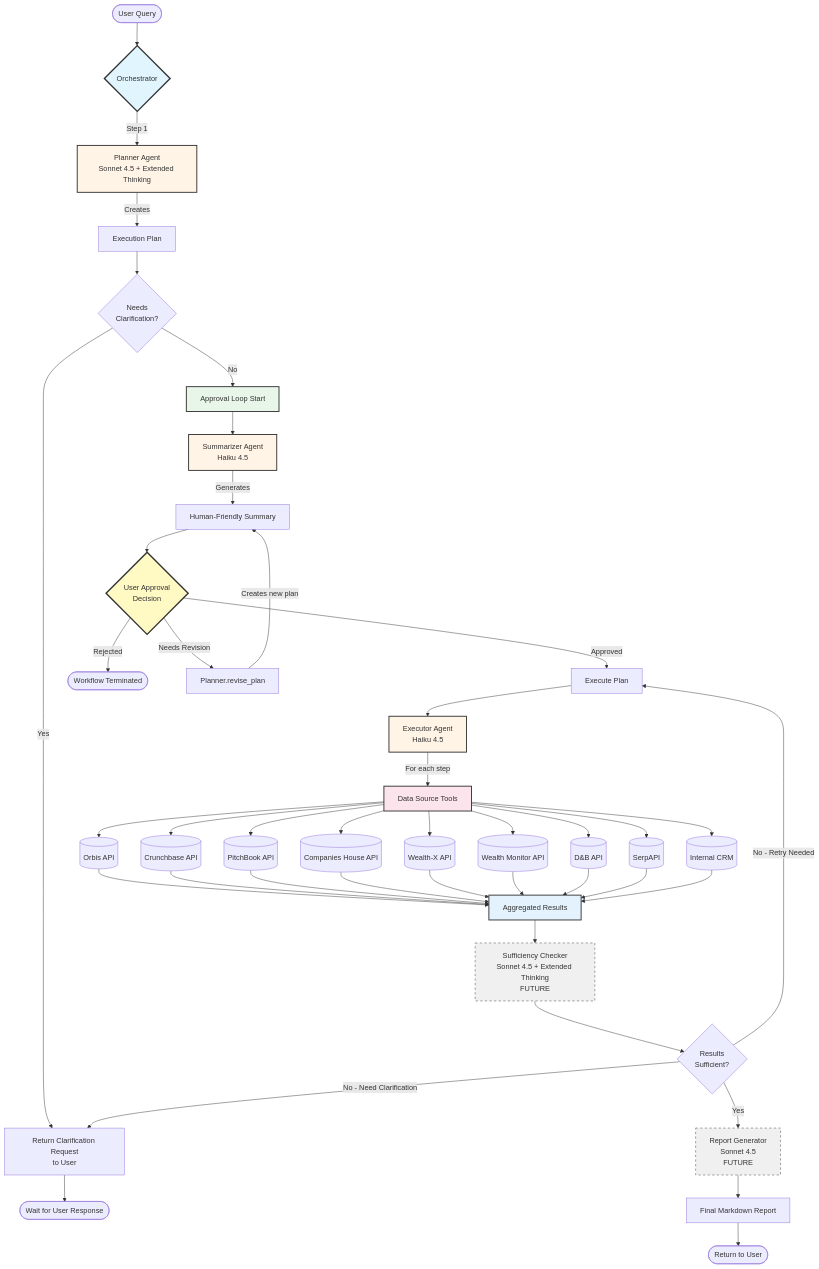
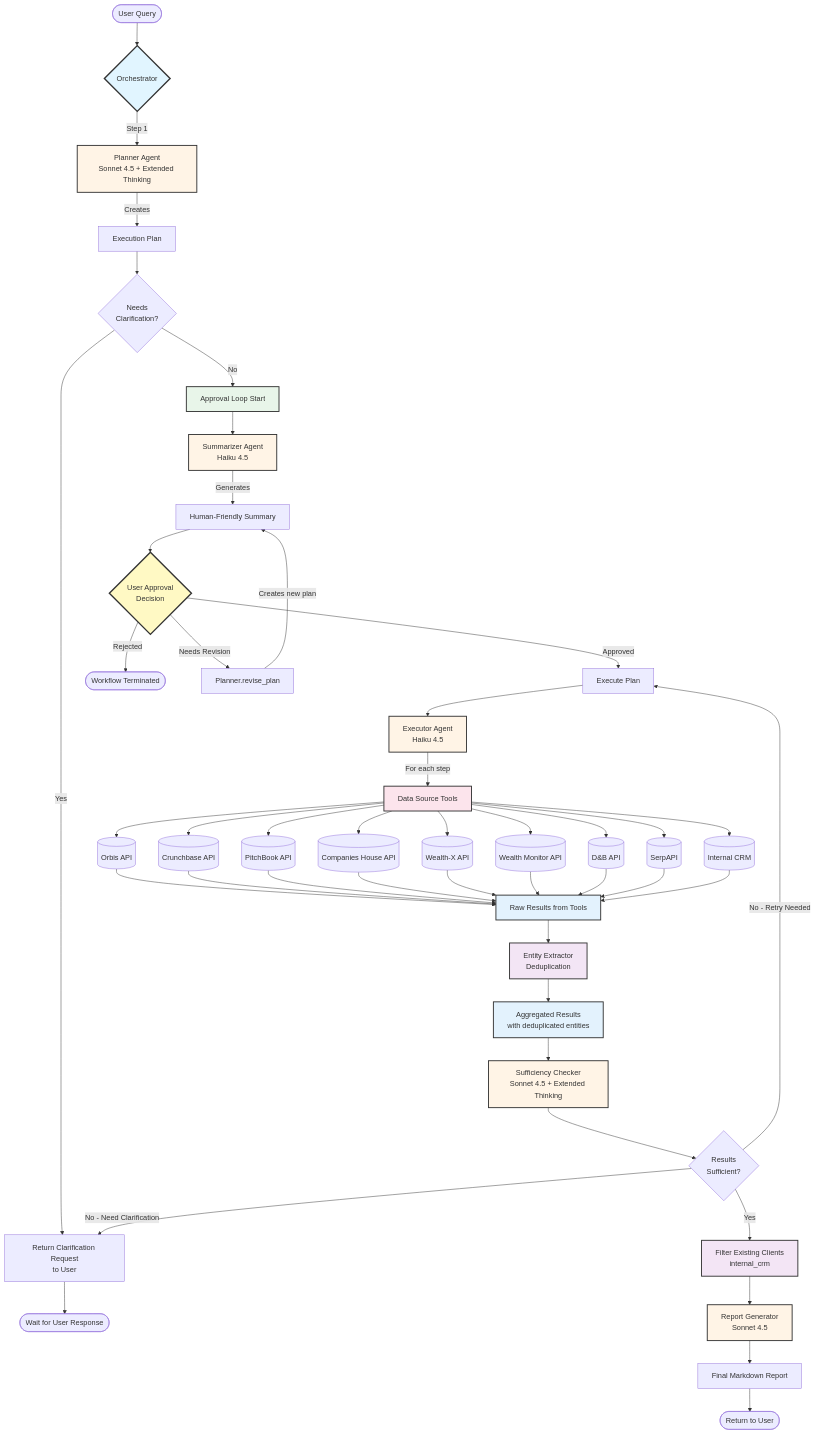
One commit to charliedouglas/strands-prospecting changed the first of 3 diagrams in ARCHITECTURE_FLOW.md. Above: the diagram before and after it, drawn with Mermaid. The commit also changed other lines of this file and 3 other files, not shown here.

````diff
--- a/ARCHITECTURE_FLOW.md
+++ b/ARCHITECTURE_FLOW.md
@@ -5,73 +5,82 @@
 ```mermaid
 flowchart TD
     Start([User Query]) --> Orchestrator{Orchestrator}
 
     Orchestrator --> |Step 1| Planner[Planner Agent<br/>Sonnet 4.5 + Extended Thinking]
 
     Planner --> |Creates| Plan[Execution Plan]
 
     Plan --> Clarify{Needs<br/>Clarification?}
 
     Clarify -->|Yes| ClarifyReturn[Return Clarification Request<br/>to User]
     ClarifyReturn --> End1([Wait for User Response])
 
     Clarify -->|No| ApprovalLoop[Approval Loop Start]
 
     ApprovalLoop --> Summarizer[Summarizer Agent<br/>Haiku 4.5]
 
     Summarizer --> |Generates| Summary[Human-Friendly Summary]
 
     Summary --> UserApproval{User Approval<br/>Decision}
 
     UserApproval -->|Approved| Execute[Execute Plan]
     UserApproval -->|Rejected| End2([Workflow Terminated])
     UserApproval -->|Needs Revision| Revise[Planner.revise_plan]
 
     Revise --> |Creates new plan| Summary
 
     Execute --> Executor[Executor Agent<br/>Haiku 4.5]
 
     Executor --> |For each step| Tools[Data Source Tools]
 
     Tools --> Orbis[(Orbis API)]
     Tools --> Crunchbase[(Crunchbase API)]
     Tools --> PitchBook[(PitchBook API)]
     Tools --> CompaniesHouse[(Companies House API)]
     Tools --> WealthX[(Wealth-X API)]
     Tools --> WealthMonitor[(Wealth Monitor API)]
     Tools --> DNB[(D&B API)]
     Tools --> SerpAPI[(SerpAPI)]
     Tools --> CRM[(Internal CRM)]
 
-    Orbis --> Results[Aggregated Results]
+    Orbis --> Results[Raw Results from Tools]
     Crunchbase --> Results
     PitchBook --> Results
     CompaniesHouse --> Results
     WealthX --> Results
     WealthMonitor --> Results
     DNB --> Results
     SerpAPI --> Results
     CRM --> Results
 
-    Results --> Future1[Sufficiency Checker<br/>Sonnet 4.5 + Extended Thinking<br/>FUTURE]
+    Results --> Extractor[Entity Extractor<br/>Deduplication]
 
-    Future1 --> Check{Results<br/>Sufficient?}
+    Extractor --> AggregatedResults[Aggregated Results<br/>with deduplicated entities]
 
-    Check -->|Yes| Reporter[Report Generator<br/>Sonnet 4.5<br/>FUTURE]
+    AggregatedResults --> Sufficiency[Sufficiency Checker<br/>Sonnet 4.5 + Extended Thinking]
+
+    Sufficiency --> Check{Results<br/>Sufficient?}
+
+    Check -->|Yes| Filter[Filter Existing Clients<br/>internal_crm]
     Check -->|No - Need Clarification| ClarifyReturn
     Check -->|No - Retry Needed| Execute
+
+    Filter --> Reporter[Report Generator<br/>Sonnet 4.5]
 
     Reporter --> FinalReport[Final Markdown Report]
     FinalReport --> End3([Return to User])
 
     style Orchestrator fill:#e1f5ff,stroke:#333,stroke-width:3px
     style Planner fill:#fff4e6,stroke:#333,stroke-width:2px
     style Summarizer fill:#fff4e6,stroke:#333,stroke-width:2px
     style Executor fill:#fff4e6,stroke:#333,stroke-width:2px
-    style Future1 fill:#f0f0f0,stroke:#999,stroke-width:2px,stroke-dasharray: 5 5
-    style Reporter fill:#f0f0f0,stroke:#999,stroke-width:2px,stroke-dasharray: 5 5
+    style Extractor fill:#f3e5f5,stroke:#333,stroke-width:2px
+    style Sufficiency fill:#fff4e6,stroke:#333,stroke-width:2px
+    style Reporter fill:#fff4e6,stroke:#333,stroke-width:2px
+    style Filter fill:#f3e5f5,stroke:#333,stroke-width:2px
     style ApprovalLoop fill:#e8f5e9,stroke:#333,stroke-width:2px
     style UserApproval fill:#fff9c4,stroke:#333,stroke-width:3px
     style Tools fill:#fce4ec,stroke:#333,stroke-width:2px
     style Results fill:#e3f2fd,stroke:#333,stroke-width:2px
+    style AggregatedResults fill:#e3f2fd,stroke:#333,stroke-width:2px
 ```
````
